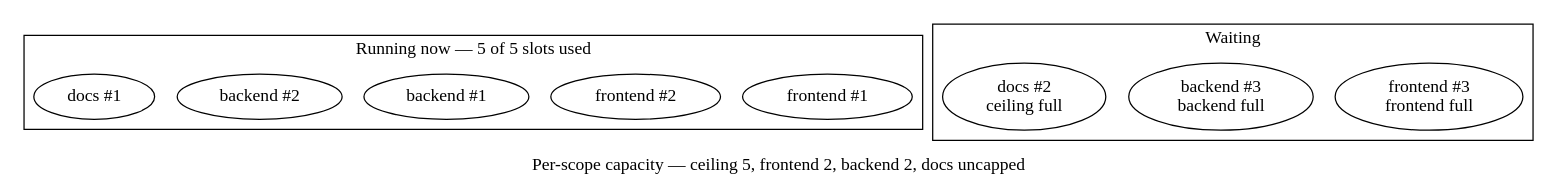
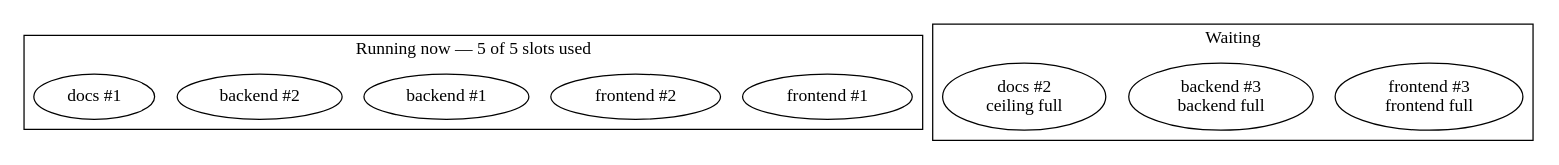
One commit to Mergifyio/docs changed the fourth of 5 diagrams in src/content/docs/merge-queue/queue-modes.mdx. Above: the diagram before and after it, drawn with Graphviz. The commit also changed other lines of this file and 20 other files, not shown here.

First line of the commit message:
feat(diagrams): size by type, caption in HTML, one meaning per role

````diff
--- a/src/content/docs/merge-queue/queue-modes.mdx
+++ b/src/content/docs/merge-queue/queue-modes.mdx
@@ -267,26 +264,25 @@
-```dot class="flow"
+```dot class="flow" title="Per-scope capacity — ceiling 5, frontend 2, backend 2, docs uncapped"
 digraph {
-  label="Per-scope capacity — ceiling 5, frontend 2, backend 2, docs uncapped";
   edge [style=invis];
 
   subgraph cluster_running {
     class="batch";
     label="Running now — 5 of 5 slots used";
     F1 [label="frontend #1", class="pending"];
     F2 [label="frontend #2", class="pending"];
     B1 [label="backend #1", class="pending"];
     B2 [label="backend #2", class="pending"];
     D1 [label="docs #1", class="pending"];
     { rank=same; F1; F2; B1; B2; D1; }
   }
 
   subgraph cluster_waiting {
-    class="muted";
+    class="batch";
     label="Waiting";
-    F3 [label="frontend #3\nfrontend full", class="muted"];
-    B3 [label="backend #3\nbackend full", class="muted"];
-    D2 [label="docs #2\nceiling full", class="muted"];
+    F3 [label="frontend #3\nfrontend full", class="queued"];
+    B3 [label="backend #3\nbackend full", class="queued"];
+    D2 [label="docs #2\nceiling full", class="queued"];
     { rank=same; F3; B3; D2; }
   }
 }
 ```
````
